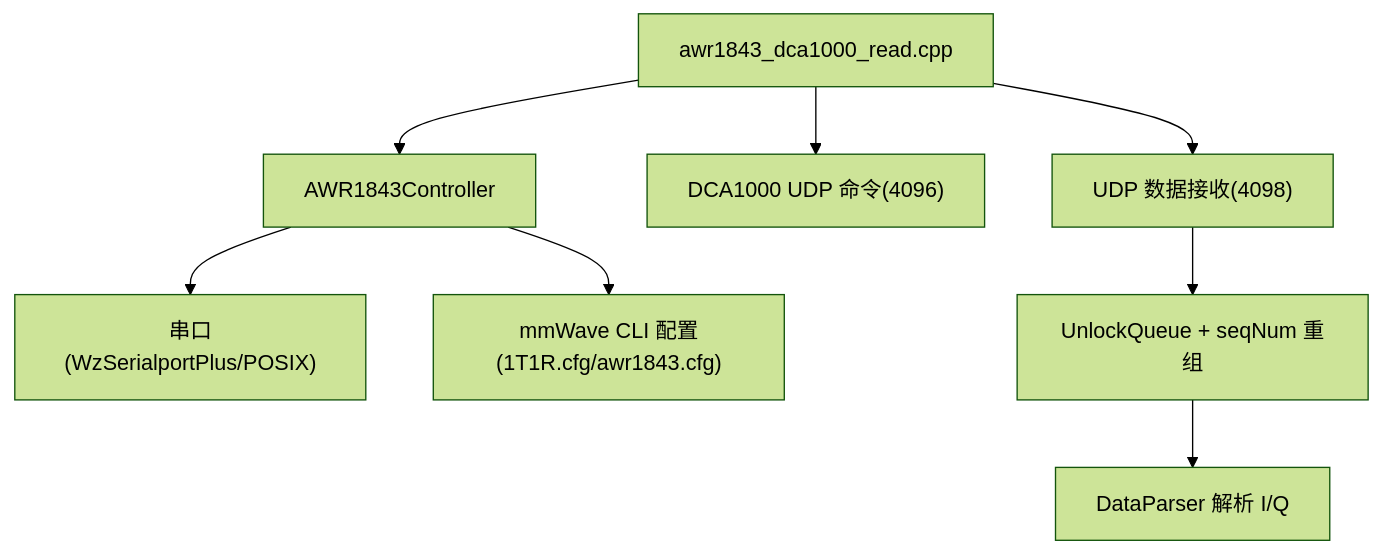
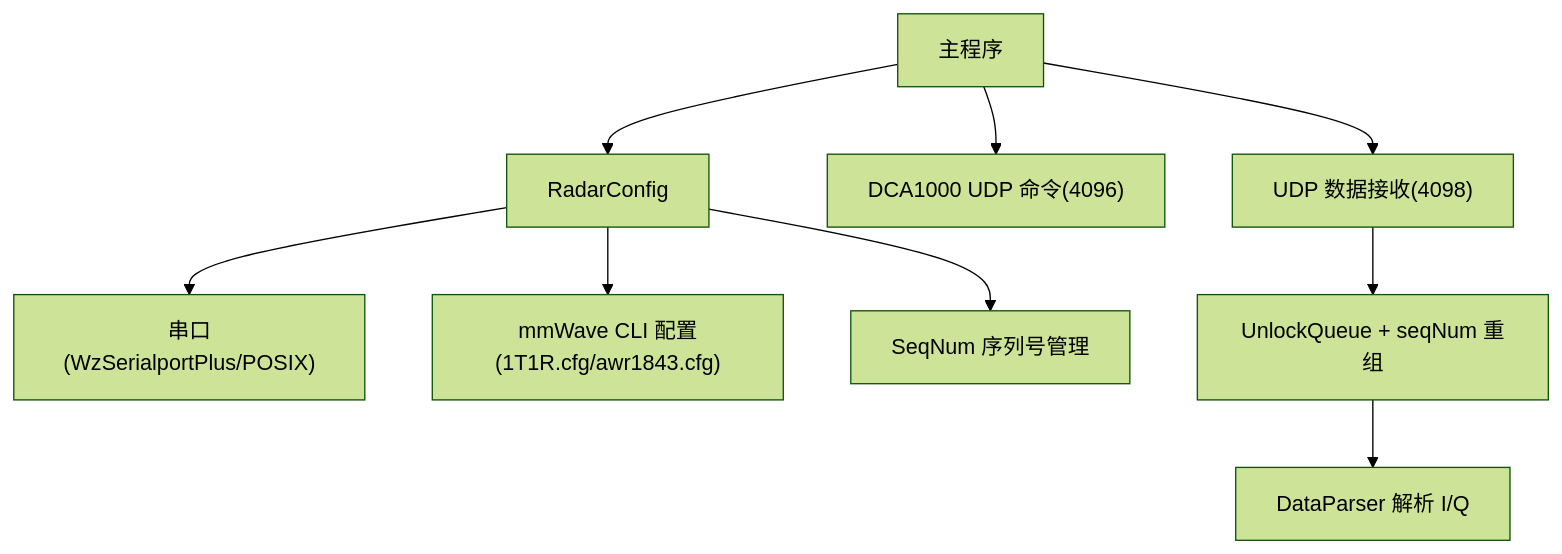
The fourth of 4 diagrams in .qoder/repowiki/zh/content/雷达与采集参数配置文件.md (Lukad77/awr1843-radar-toolkit), drawn with Mermaid (forest theme) before and after one commit. The commit also changed other lines of this file and 5 other files, not shown here.

````diff
--- a/.qoder/repowiki/zh/content/雷达与采集参数配置文件.md
+++ b/.qoder/repowiki/zh/content/雷达与采集参数配置文件.md
@@ -189,10 +207,11 @@
 ```mermaid
 graph TB
-CTRL["AWR1843Controller"] --> UART["串口(WzSerialportPlus/POSIX)"]
+CTRL["RadarConfig"] --> UART["串口(WzSerialportPlus/POSIX)"]
 CTRL --> CFG["mmWave CLI 配置(1T1R.cfg/awr1843.cfg)"]
-MAIN["awr1843_dca1000_read.cpp"] --> CTRL
+MAIN["主程序"] --> CTRL
 MAIN --> DCA_UDP["DCA1000 UDP 命令(4096)"]
 MAIN --> DATA_RX["UDP 数据接收(4098)"]
 DATA_RX --> REORDER["UnlockQueue + seqNum 重组"]
 REORDER --> PARSER["DataParser 解析 I/Q"]
+CTRL --> SEQ["SeqNum 序列号管理"]
 ```
````
